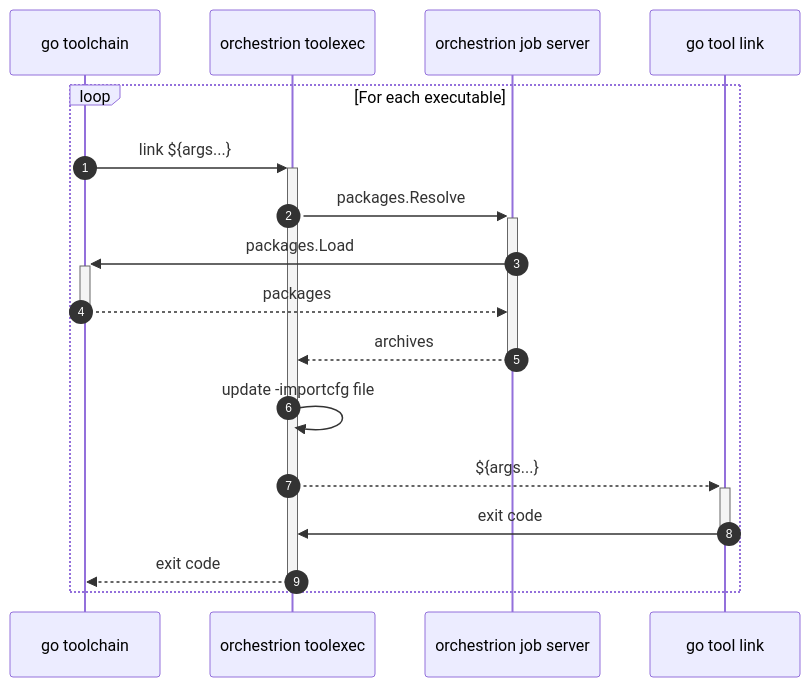
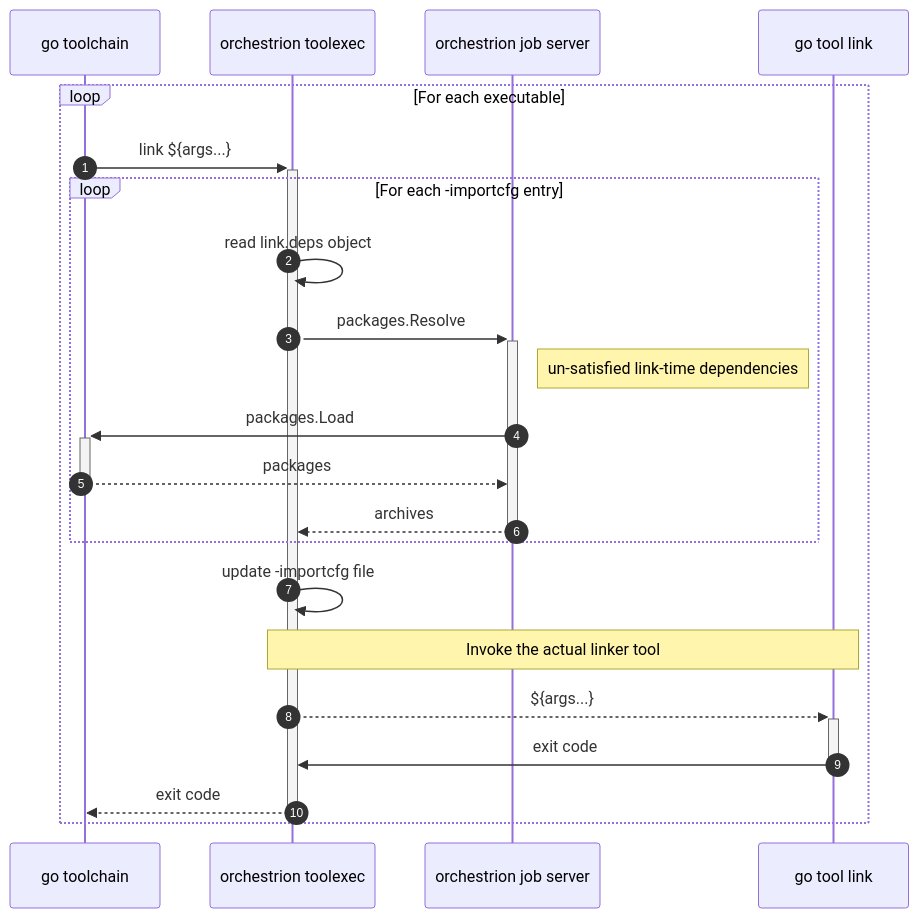
Before and after one commit to DataDog/orchestrion: the third of 3 diagrams in _docs/content/docs/architecture.md, drawn with Mermaid. The commit also changed other lines of this file, not shown here.

Commit message:
Add some comments on the diagrams, clarify linker process

````diff
--- a/_docs/content/docs/architecture.md
+++ b/_docs/content/docs/architecture.md
@@ -168,21 +171,26 @@
 ```mermaid
 sequenceDiagram
   autonumber
 
   participant Toolchain as go toolchain
   participant Orchestrion as orchestrion toolexec
   participant JobServer as orchestrion job server
   participant Linker as go tool link
 
   loop For each executable
     Toolchain ->>+ Orchestrion: link ${args...}
-    Orchestrion ->>+ JobServer: packages.Resolve
-    JobServer ->>+ Toolchain: packages.Load
-    Toolchain -->>- JobServer: packages
-    JobServer -->>- Orchestrion: archives
+    loop For each -importcfg entry
+      Orchestrion ->> Orchestrion: read link.deps object
+      Orchestrion ->>+ JobServer: packages.Resolve
+      note right of JobServer: un-satisfied link-time dependencies
+      JobServer ->>+ Toolchain: packages.Load
+      Toolchain -->>- JobServer: packages
+      JobServer -->>- Orchestrion: archives
+    end
     Orchestrion ->> Orchestrion: update -importcfg file
+    note over Orchestrion,Linker: Invoke the actual linker tool
     Orchestrion -->>+ Linker: ${args...}
     Linker ->>- Orchestrion: exit code
     Orchestrion -->>- Toolchain: exit code
   end
 ```
````
